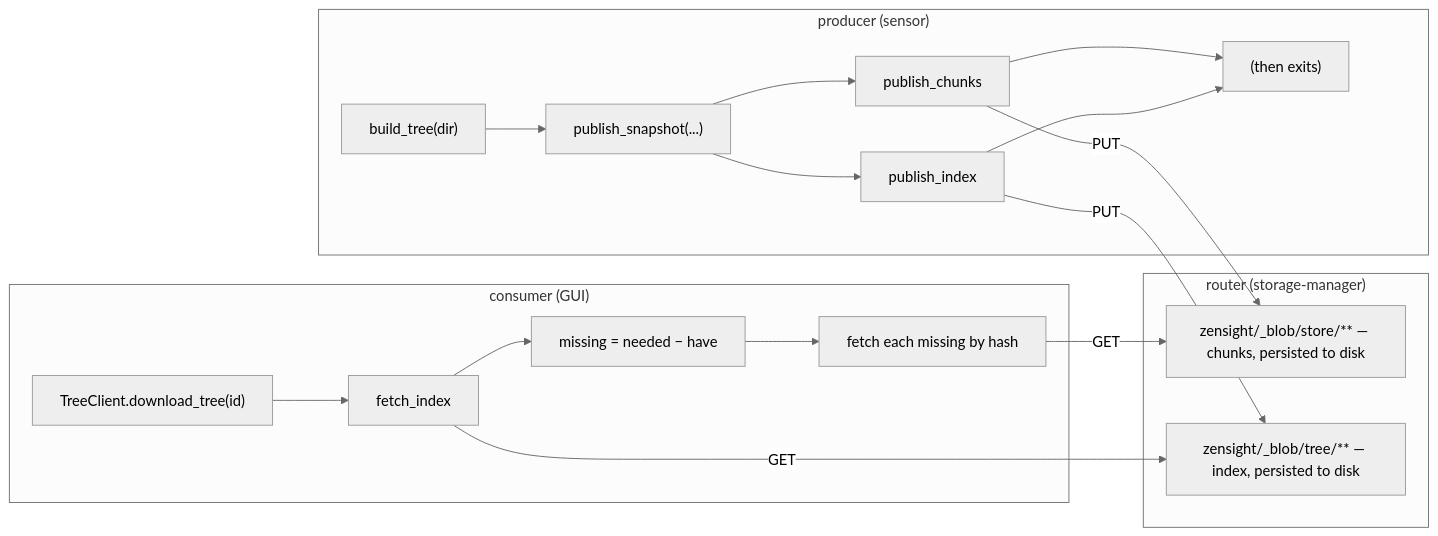
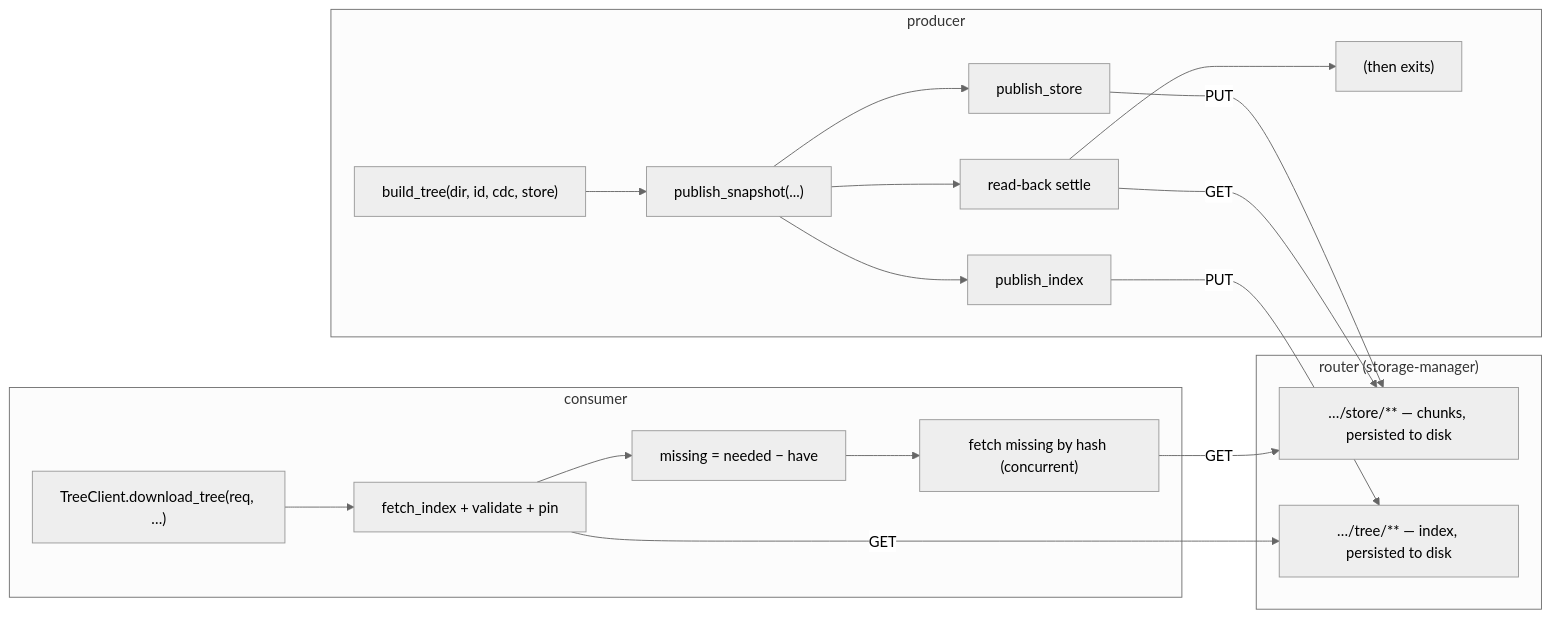
Before and after one commit to p13marc/zblob: the diagram in docs/router-storage.md, drawn with Mermaid (neutral theme). The commit also changed other lines of this file and 10 other files, not shown here.

````diff
--- a/docs/router-storage.md
+++ b/docs/router-storage.md
@@ -34,26 +36,27 @@
 ```mermaid
 flowchart LR
-    subgraph Producer["producer (sensor)"]
-        BT["build_tree(dir)"] --> PS["publish_snapshot(...)"]
-        PS --> PC["publish_chunks"]
+    subgraph Producer["producer"]
+        BT["build_tree(dir, id, cdc, store)"] --> PS["publish_snapshot(...)"]
+        PS --> PC["publish_store"]
         PS --> PI["publish_index"]
-        PC --> EX["(then exits)"]
-        PI --> EX
+        PS --> RB["read-back settle"]
+        RB --> EX["(then exits)"]
     end
 
     subgraph Storage["router (storage-manager)"]
-        ST["zensight/_blob/store/** — chunks, persisted to disk"]
-        TR["zensight/_blob/tree/** — index, persisted to disk"]
+        ST["…/store/** — chunks, persisted to disk"]
+        TR["…/tree/** — index, persisted to disk"]
     end
 
-    subgraph Consumer["consumer (GUI)"]
-        DT["TreeClient.download_tree(id)"] --> FI["fetch_index"]
+    subgraph Consumer["consumer"]
+        DT["TreeClient.download_tree(req, …)"] --> FI["fetch_index + validate + pin"]
         FI --> MI["missing = needed − have"]
-        MI --> FE["fetch each missing by hash"]
+        MI --> FE["fetch missing by hash (concurrent)"]
     end
 
     PC -->|"PUT"| ST
     PI -->|"PUT"| TR
+    RB -->|"GET"| ST
     FI -->|"GET"| TR
     FE -->|"GET"| ST
 ```
````
